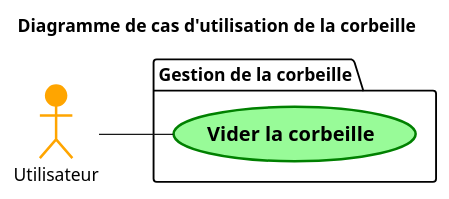
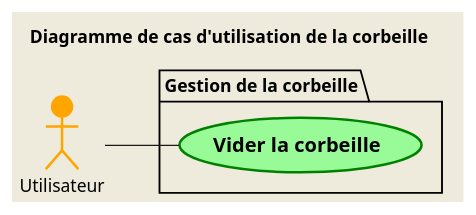
One commit to SamuelGuillemet/igloo changed the diagram in Modelisation/Diagrammes/PlantUML/diag_use_case_6.puml. Above: the diagram before and after it, drawn with PlantUML. The commit also changed 7 other files, not shown here.

Commit message:
Add plantuml testing files

```diff
--- a/Modelisation/Diagrammes/PlantUML/diag_use_case_6.puml
+++ b/Modelisation/Diagrammes/PlantUML/diag_use_case_6.puml
@@ -1,14 +1,16 @@
-@startuml  
+@startuml UseCase6 
 title Diagramme de cas d'utilisation de la corbeille
 
 left to right direction
+skinparam style strictuml
+skinparam backgroundColor #EEEBDC
 
 actor Utilisateur #Orange;line:Orange;line.bold
 
 package "Gestion de la corbeille" {
     usecase "== Vider la corbeille" as UC24 #PaleGreen;line:Green;line.bold
 }
 
 Utilisateur -- UC24
 
 @enduml
```
